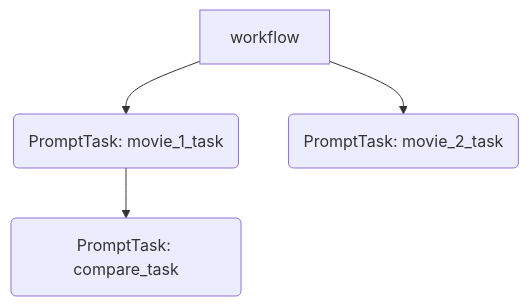
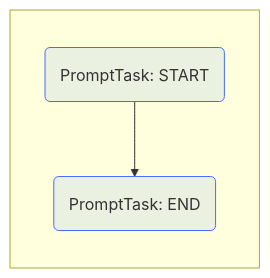
One commit to griptape-ai/griptape-trade-school changed the fifth of 7 diagrams in docs/courses/compare-movies-workflow/03_first_workflow.md. Above: the diagram before and after it, drawn with Mermaid. The commit also changed other lines of this file and 6 other files, not shown here.

````diff
--- a/docs/courses/compare-movies-workflow/03_first_workflow.md
+++ b/docs/courses/compare-movies-workflow/03_first_workflow.md
@@ -206,6 +186,9 @@
-``` mermaid
-graph TB
-    A[workflow] --> B(PromptTask: movie_1_task)
-    A --> C(PromptTask: movie_2_task)
-    B --> D(PromptTask: compare_task)
-```
+        ``` mermaid
+        graph TB 
+            subgraph " "
+                direction TB
+                B(PromptTask: START):::main --> C(PromptTask: END):::main
+            end
+            
+            classDef main fill:#4274ff1a, stroke:#426eff
+        ```
````
